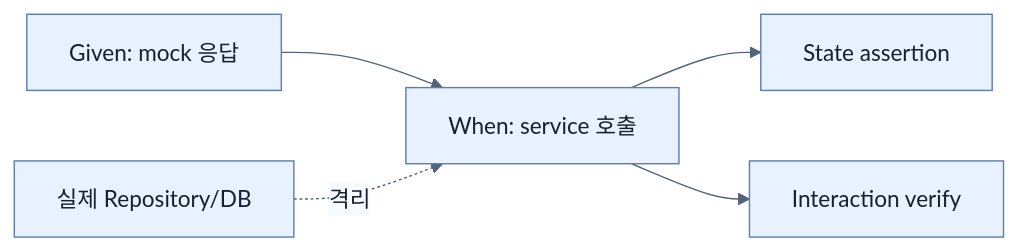
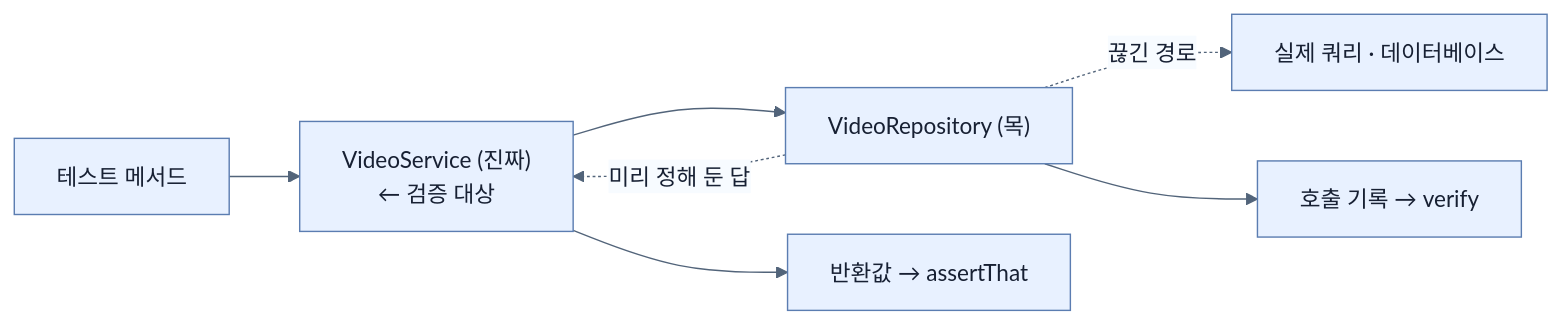
Before and after one commit to sing-u8/Learning_Spring_Boot_4: the diagram in spring-boot-4-pdf-notes/part-2-creating-an-application-with-spring-boot/chapter-5-testing-with-spring-boot/04-testing-services-with-mocks.md, drawn with Mermaid. The commit also changed other lines of this file and 253 other files, not shown here.

````diff
--- a/spring-boot-4-pdf-notes/part-2-creating-an-application-with-spring-boot/chapter-5-testing-with-spring-boot/04-testing-services-with-mocks.md
+++ b/spring-boot-4-pdf-notes/part-2-creating-an-application-with-spring-boot/chapter-5-testing-with-spring-boot/04-testing-services-with-mocks.md
@@ -28,8 +225,10 @@
 ```mermaid
 %%{init: {'theme': 'base', 'themeVariables': {'background': '#ffffff', 'primaryColor': '#e8f1ff', 'primaryTextColor': '#172033', 'primaryBorderColor': '#5b7db1', 'lineColor': '#52647a', 'secondaryColor': '#f7fbff', 'tertiaryColor': '#fff7df'}}}%%
 flowchart LR
-    G[Given: mock 응답] --> W[When: service 호출]
-    W --> S[State assertion]
-    W --> I[Interaction verify]
-    R[실제 Repository/DB] -. 격리 .-> W
+    T["테스트 메서드"] --> S["VideoService (진짜)<br/>← 검증 대상"]
+    S --> M["VideoRepository (목)"]
+    M -.->|"미리 정해 둔 답"| S
+    M -. "끊긴 경로" .-> DB["실제 쿼리 · 데이터베이스"]
+    S --> R1["반환값 → assertThat"]
+    M --> R2["호출 기록 → verify"]
 ```
````
